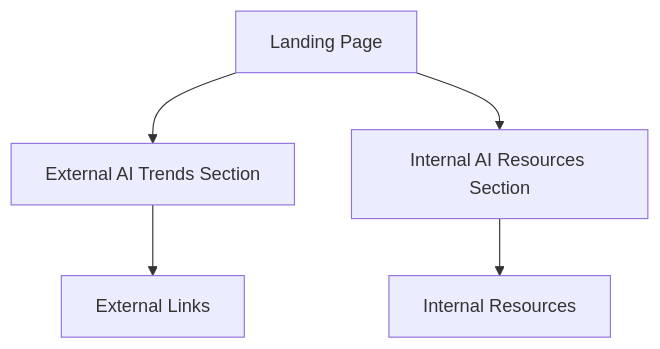
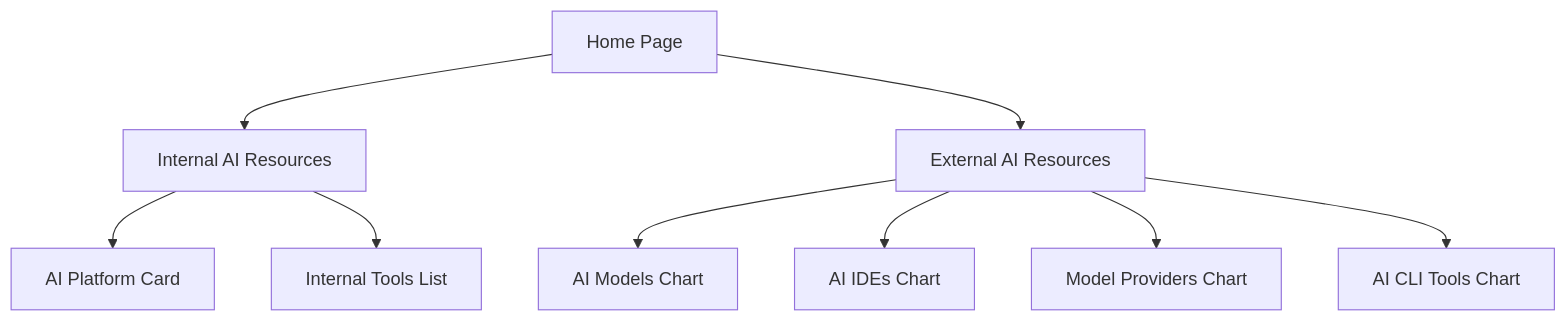
Before and after one commit to FeiWangHub/liveDemo2: the diagram in .trae/documents/abc-ai-community-prd.md, drawn with Mermaid. The commit also changed other lines of this file and 36 other files, not shown here.

````diff
--- a/.trae/documents/abc-ai-community-prd.md
+++ b/.trae/documents/abc-ai-community-prd.md
@@ -38,7 +40,11 @@
 ```mermaid
 graph TD
-  A[Landing Page] --> B[External AI Trends Section]
-  A --> C[Internal AI Resources Section]
-  B --> D[External Links]
-  C --> E[Internal Resources]
+  A[Home Page] --> B[Internal AI Resources]
+  A --> C[External AI Resources]
+  B --> D[AI Platform Card]
+  B --> E[Internal Tools List]
+  C --> F[AI Models Chart]
+  C --> G[AI IDEs Chart]
+  C --> H[Model Providers Chart]
+  C --> I[AI CLI Tools Chart]
 ```
````
